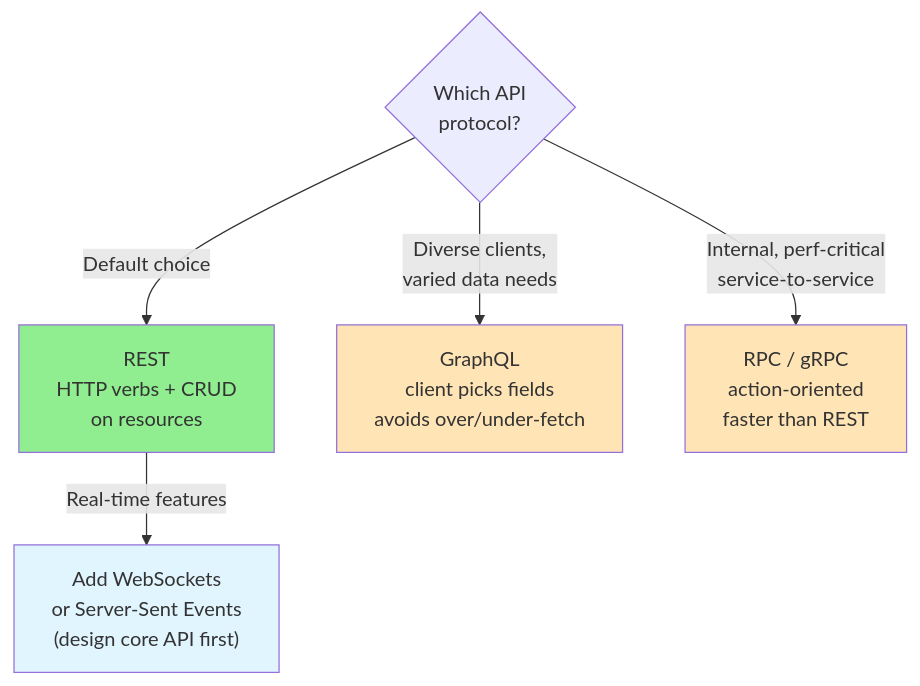
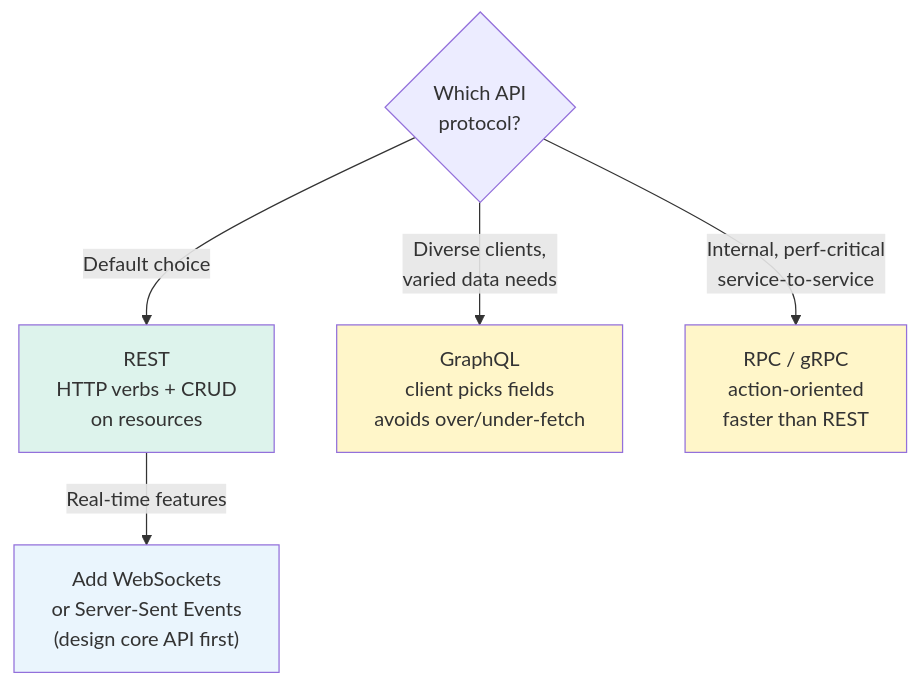
One commit to cartmancodes/InterviewVault changed the diagram in LLD/SystemDesign/InaHurry/DeliveryFramework.md. Above: the diagram before and after it, drawn with Mermaid. The commit also changed 679 other files, not shown here.

Commit message:
Unify content diagrams and add accessible visual walkthroughs

````diff
--- a/LLD/SystemDesign/InaHurry/DeliveryFramework.md
+++ b/LLD/SystemDesign/InaHurry/DeliveryFramework.md
@@ -120,12 +120,12 @@
 ```mermaid
 graph TB
     Start{Which API<br/>protocol?} -->|Default choice| REST["REST<br/>HTTP verbs + CRUD<br/>on resources"]
     Start -->|"Diverse clients,<br/>varied data needs"| GQL["GraphQL<br/>client picks fields<br/>avoids over/under-fetch"]
     Start -->|"Internal, perf-critical<br/>service-to-service"| RPC["RPC / gRPC<br/>action-oriented<br/>faster than REST"]
     REST -->|"Real-time features"| RT["Add WebSockets<br/>or Server-Sent Events<br/>(design core API first)"]
 
-    style REST fill:#90EE90
-    style GQL fill:#FFE4B5
-    style RPC fill:#FFE4B5
-    style RT fill:#e1f5ff
+    style REST fill:#DDF3EC
+    style GQL fill:#FFF6C9
+    style RPC fill:#FFF6C9
+    style RT fill:#EAF5FD
 ```
````
